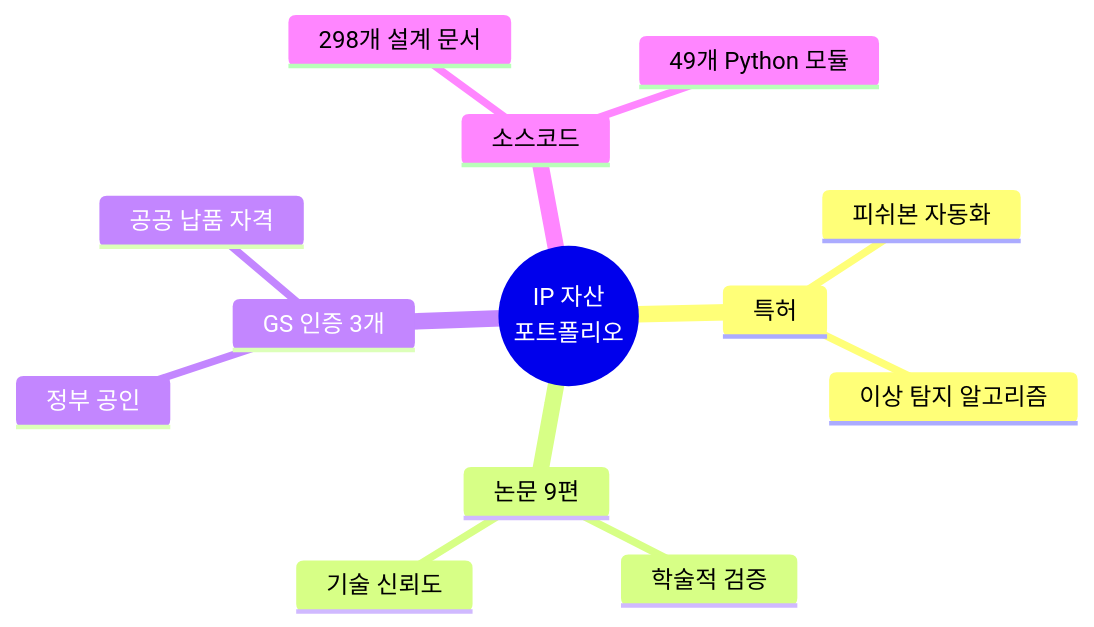
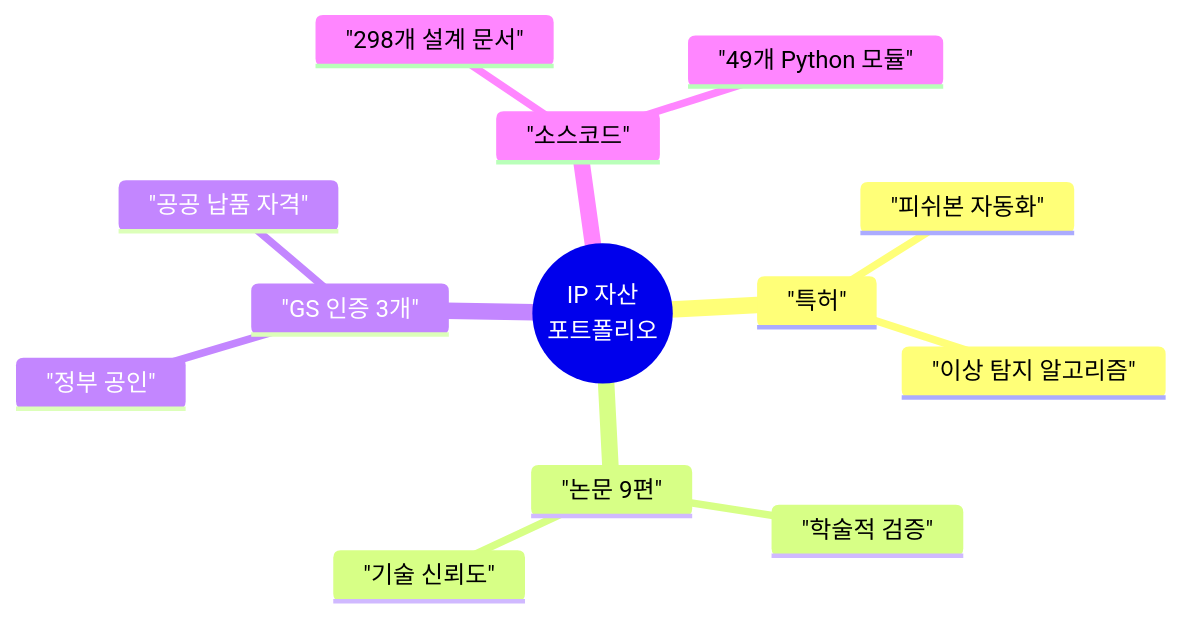
One commit to moobaek/Testing_AI_agents_for_public_use changed the fifth of 9 diagrams in portfolio/Executive_Summary/02_Business_Value.md. Above: the diagram before and after it, drawn with Mermaid. The commit also changed other lines of this file and 14 other files, not shown here.

First line of the commit message:
fix: standardize Mermaid syntax for Obsidian compatibility across all portfolio documents

````diff
--- a/portfolio/Executive_Summary/02_Business_Value.md
+++ b/portfolio/Executive_Summary/02_Business_Value.md
@@ -175,16 +175,16 @@
 ```mermaid
 mindmap
-  root((IP 자산<br/>포트폴리오))
-    특허
-      피쉬본 자동화
-      이상 탐지 알고리즘
-    논문 9편
-      학술적 검증
-      기술 신뢰도
-    GS 인증 3개
-      정부 공인
-      공공 납품 자격
-    소스코드
-      298개 설계 문서
-      49개 Python 모듈
+  root(("IP 자산<br/>포트폴리오"))
+    "특허"
+      "피쉬본 자동화"
+      "이상 탐지 알고리즘"
+    "논문 9편"
+      "학술적 검증"
+      "기술 신뢰도"
+    "GS 인증 3개"
+      "정부 공인"
+      "공공 납품 자격"
+    "소스코드"
+      "298개 설계 문서"
+      "49개 Python 모듈"
 ```
````
